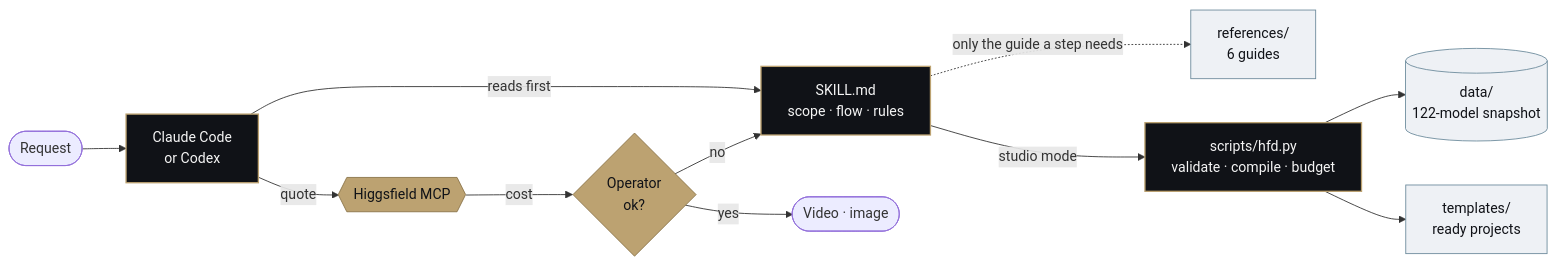
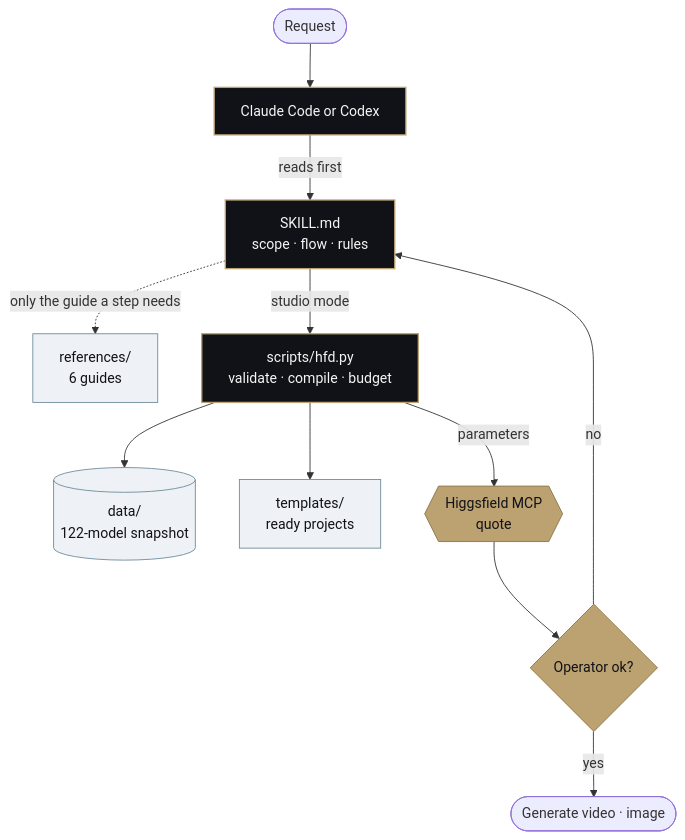
The first of 2 diagrams in README.md (rniedson/higgsfield-director-pro-skill), drawn with Mermaid before and after one commit. The commit also changed other lines of this file and 1 other file, not shown here.

First line of the commit message:
README em português separado; arquitetura em diagrama vertical

````diff
--- a/README.md
+++ b/README.md
@@ -99,19 +101,19 @@
 ```mermaid
-flowchart LR
-    U([Request]) --> A[Claude Code<br/>or Codex]
+flowchart TD
+    U([Request]) --> A[Claude Code or Codex]
     A -->|reads first| S[SKILL.md<br/>scope · flow · rules]
     S -.->|only the guide a step needs| R[references/<br/>6 guides]
     S -->|studio mode| H[scripts/hfd.py<br/>validate · compile · budget]
     H --> D[(data/<br/>122-model snapshot)]
     H --> T[templates/<br/>ready projects]
-    A -->|quote| M{{Higgsfield MCP}}
-    M -->|cost| O{Operator<br/>ok?}
-    O -->|yes| G([Video · image])
+    H -->|parameters| M{{Higgsfield MCP<br/>quote}}
+    M --> O{Operator ok?}
+    O -->|yes| G([Generate video · image])
     O -->|no| S
     classDef core fill:#101217,stroke:#bca271,color:#f5f5f5,stroke-width:1.5px
     classDef gold fill:#bca271,stroke:#8a7448,color:#101217
     classDef soft fill:#eef1f5,stroke:#6d8b9c,color:#101217
     class A,S,H core
     class M,O gold
     class R,D,T soft
 ```
````
